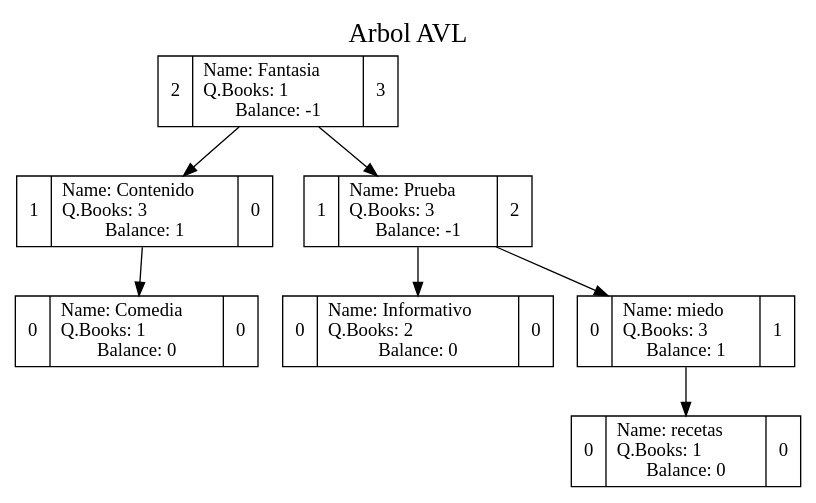
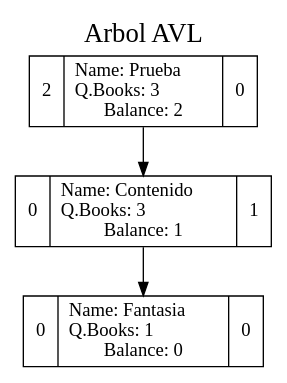
One commit to elJuanjoRamos/EDD_1S2020_PY2_201801262 changed the diagram in EDD_Proyecto2/AVLTree.dot. Above: the diagram before and after it, drawn with Graphviz. The commit also changed 83 other files, not shown here.

```diff
--- a/EDD_Proyecto2/AVLTree.dot
+++ b/EDD_Proyecto2/AVLTree.dot
@@ -1,17 +1,9 @@
 digraph grafica{
 rankdir=TB;graph[label="Arbol AVL", labelloc=t, fontsize=20, compound=true]
 node [shape = record, style=filled, fillcolor=white];
-nodo3 [ label ="2|Name: Fantasia\lQ.Books: 1\lBalance: -1|3"];
-nodo1 [ label ="1|Name: Contenido\lQ.Books: 3\lBalance: 1|0"];
-nodo6 [ label ="0|Name: Comedia\lQ.Books: 1\lBalance: 0|0"];
-nodo1->nodo6
-nodo3->nodo1
-nodo2 [ label ="1|Name: Prueba\lQ.Books: 3\lBalance: -1|2"];
-nodo4 [ label ="0|Name: Informativo\lQ.Books: 2\lBalance: 0|0"];
-nodo2->nodo4
-nodo5 [ label ="0|Name: miedo\lQ.Books: 3\lBalance: 1|1"];
-nodo7 [ label ="0|Name: recetas\lQ.Books: 1\lBalance: 0|0"];
-nodo5->nodo7
-nodo2->nodo5
-nodo3->nodo2
+nodo2 [ label ="2|Name: Prueba\lQ.Books: 3\lBalance: 2|0"];
+nodo1 [ label ="0|Name: Contenido\lQ.Books: 3\lBalance: 1|1"];
+nodo3 [ label ="0|Name: Fantasia\lQ.Books: 1\lBalance: 0|0"];
+nodo1->nodo3
+nodo2->nodo1
 }
```
